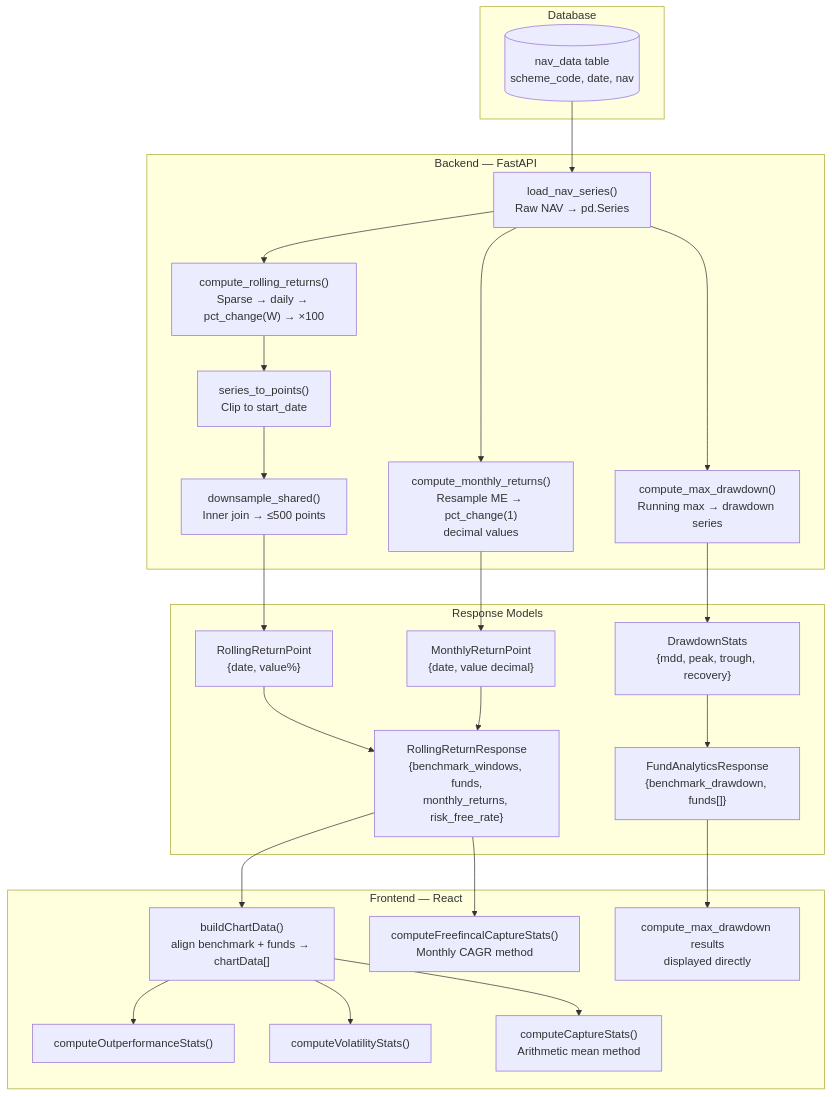
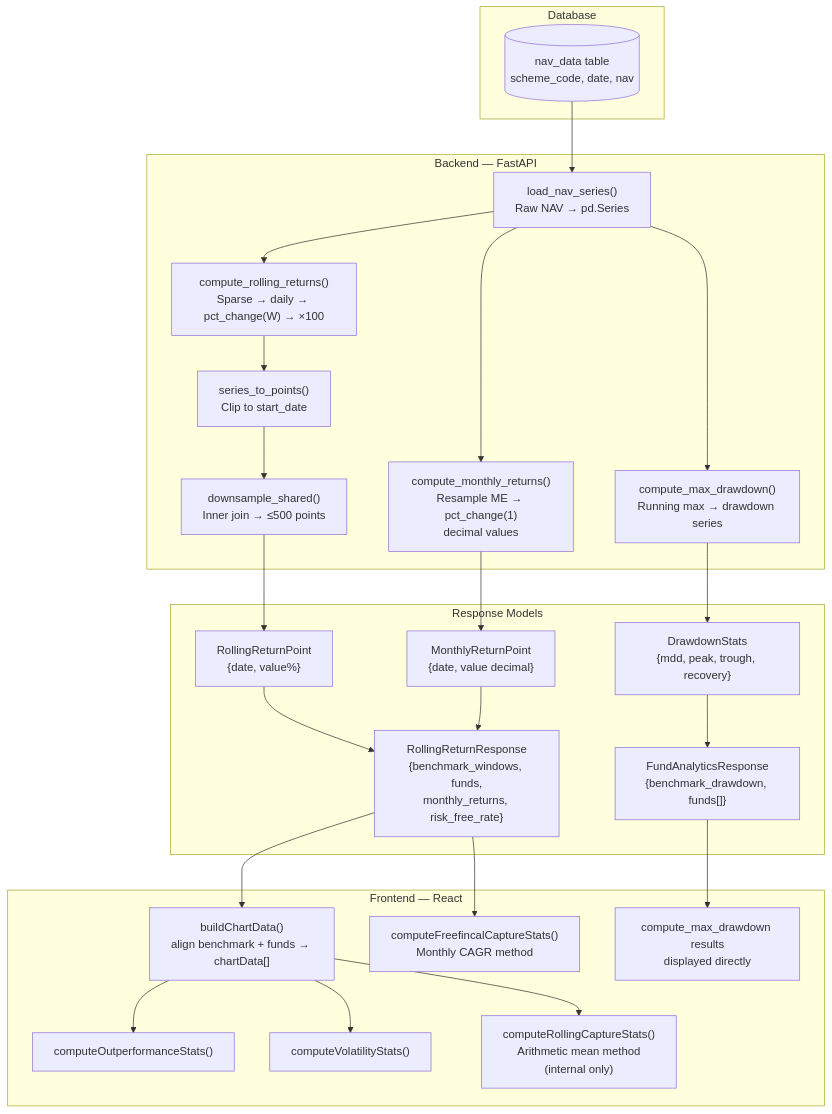
One commit to pankajanand26/historical-mf-data changed the seventh of 8 diagrams in metrics.md. Above: the diagram before and after it, drawn with Mermaid. The commit also changed other lines of this file and 5 other files, not shown here.

First line of the commit message:
fix: use monthly CAGR method for capture ratios, trim KPI strip to 2 items

````diff
--- a/metrics.md
+++ b/metrics.md
@@ -594,44 +604,44 @@
 ```mermaid
 flowchart TD
     subgraph DB["Database"]
         NAV[(nav_data table\nscheme_code, date, nav)]
     end
 
     subgraph Backend["Backend — FastAPI"]
         LNS["load_nav_series()\nRaw NAV → pd.Series"]
         CRR["compute_rolling_returns()\nSparse → daily → pct_change(W) → ×100"]
         CMR["compute_monthly_returns()\nResample ME → pct_change(1)\ndecimal values"]
         SP["series_to_points()\nClip to start_date"]
         DS["downsample_shared()\nInner join → ≤500 points"]
         CMD["compute_max_drawdown()\nRunning max → drawdown series"]
     end
 
     subgraph Models["Response Models"]
         RRP["RollingReturnPoint\n{date, value%}"]
         MRP["MonthlyReturnPoint\n{date, value decimal}"]
         DDS["DrawdownStats\n{mdd, peak, trough, recovery}"]
         RRR["RollingReturnResponse\n{benchmark_windows, funds,\nmonthly_returns, risk_free_rate}"]
         FAR["FundAnalyticsResponse\n{benchmark_drawdown, funds[]}"]
     end
 
     subgraph Frontend["Frontend — React"]
         BCD["buildChartData()\nalign benchmark + funds → chartData[]"]
         COS["computeOutperformanceStats()"]
         CVS["computeVolatilityStats()"]
-        CCS["computeCaptureStats()\nArithmetic mean method"]
+        CCS["computeRollingCaptureStats()\nArithmetic mean method\n(internal only)"]
         CFF["computeFreefincalCaptureStats()\nMonthly CAGR method"]
         CMD2["compute_max_drawdown results\ndisplayed directly"]
     end
 
     NAV --> LNS
     LNS --> CRR --> SP --> DS --> RRP --> RRR
     LNS --> CMR --> MRP --> RRR
     LNS --> CMD --> DDS --> FAR
 
     RRR --> BCD
     BCD --> COS
     BCD --> CVS
     BCD --> CCS
     RRR --> CFF
     FAR --> CMD2
 ```
````
